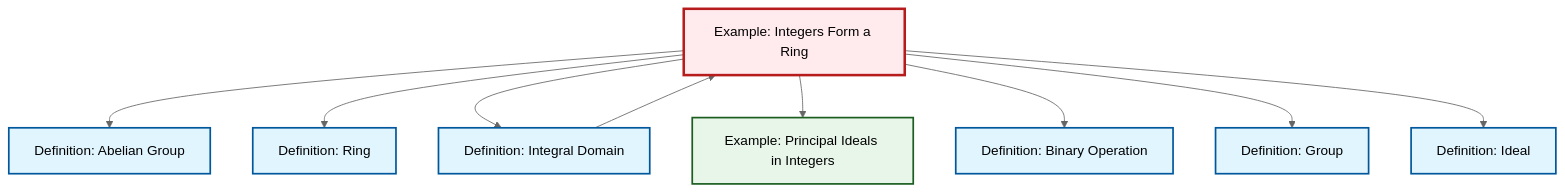
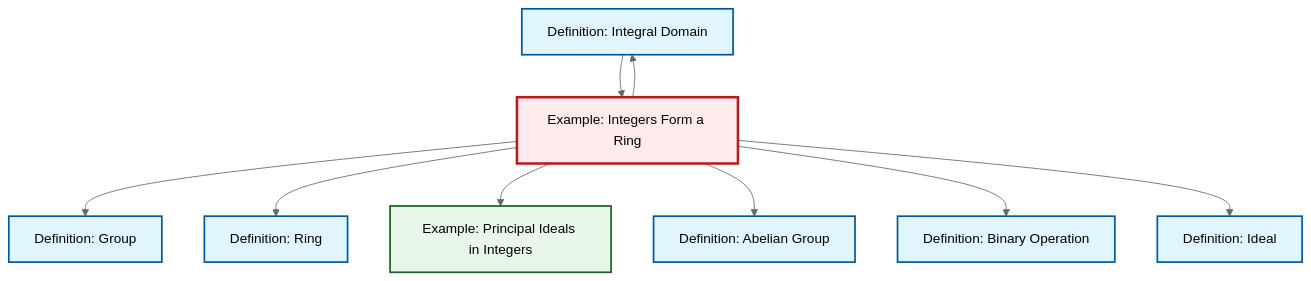
One commit to RK0429/ModernMath changed the diagram in output/mermaid/en/ex-integers-ring.mermaid. Above: the diagram before and after it, drawn with Mermaid (neutral theme). The commit also changed other lines of this file and 3746 other files, not shown here.

```diff
--- a/output/mermaid/en/ex-integers-ring.mermaid
+++ b/output/mermaid/en/ex-integers-ring.mermaid
@@ -1,24 +1,24 @@
 %%| fig-cap: "Local dependency graph"
 graph TD
     classDef definition fill:#e1f5fe,stroke:#01579b,stroke-width:2px
     classDef theorem fill:#f3e5f5,stroke:#4a148c,stroke-width:2px
     classDef axiom fill:#fff3e0,stroke:#e65100,stroke-width:2px
     classDef example fill:#e8f5e9,stroke:#1b5e20,stroke-width:2px
     classDef current fill:#ffebee,stroke:#b71c1c,stroke-width:3px
+    def-integral-domain["Definition: Integral Domain"]:::definition
+    def-binary-operation["Definition: Binary Operation"]:::definition
+    def-ideal["Definition: Ideal"]:::definition
     def-ring["Definition: Ring"]:::definition
-    def-ideal["Definition: Ideal"]:::definition
+    ex-principal-ideal["Example: Principal Ideals in Integers"]:::example
     def-group["Definition: Group"]:::definition
+    def-abelian-group["Definition: Abelian Group"]:::definition
     ex-integers-ring["Example: Integers Form a Ring"]:::example
-    def-integral-domain["Definition: Integral Domain"]:::definition
-    def-abelian-group["Definition: Abelian Group"]:::definition
-    ex-principal-ideal["Example: Principal Ideals in Integers"]:::example
-    def-binary-operation["Definition: Binary Operation"]:::definition
+    ex-integers-ring --> def-group
+    ex-integers-ring --> def-ring
+    ex-integers-ring --> ex-principal-ideal
     ex-integers-ring --> def-abelian-group
-    ex-integers-ring --> def-ring
+    ex-integers-ring --> def-binary-operation
     ex-integers-ring --> def-integral-domain
-    ex-integers-ring --> ex-principal-ideal
-    ex-integers-ring --> def-binary-operation
     def-integral-domain --> ex-integers-ring
-    ex-integers-ring --> def-group
     ex-integers-ring --> def-ideal
     class ex-integers-ring current
```
